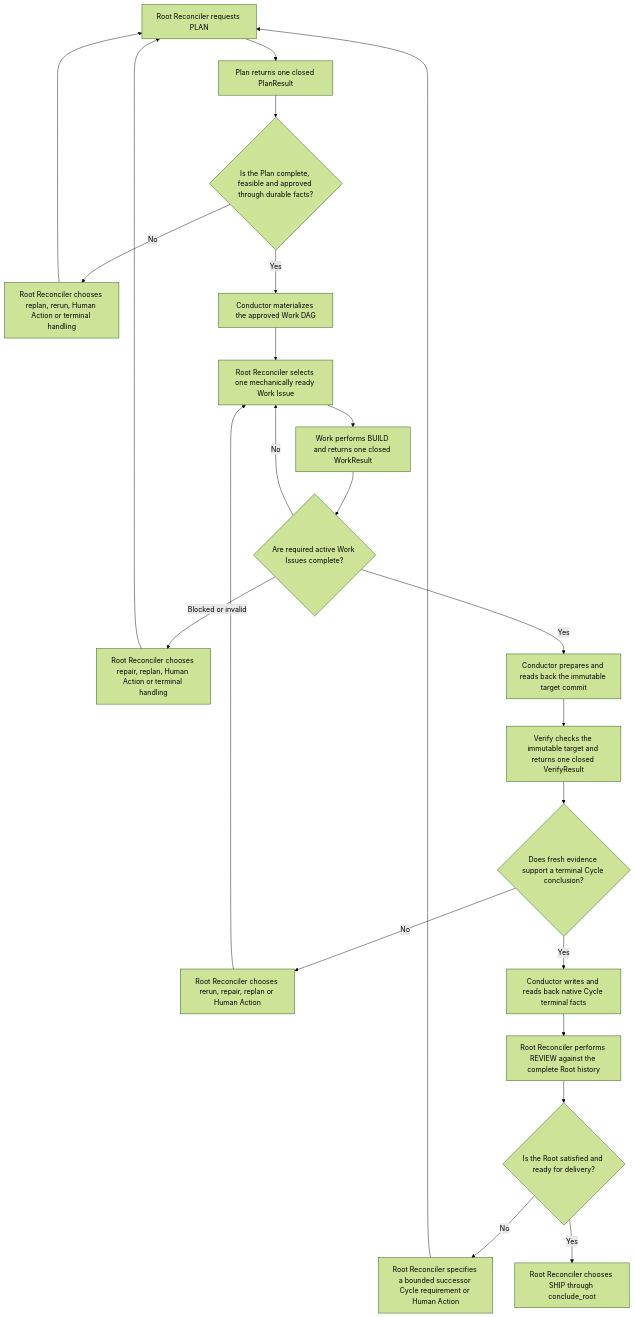
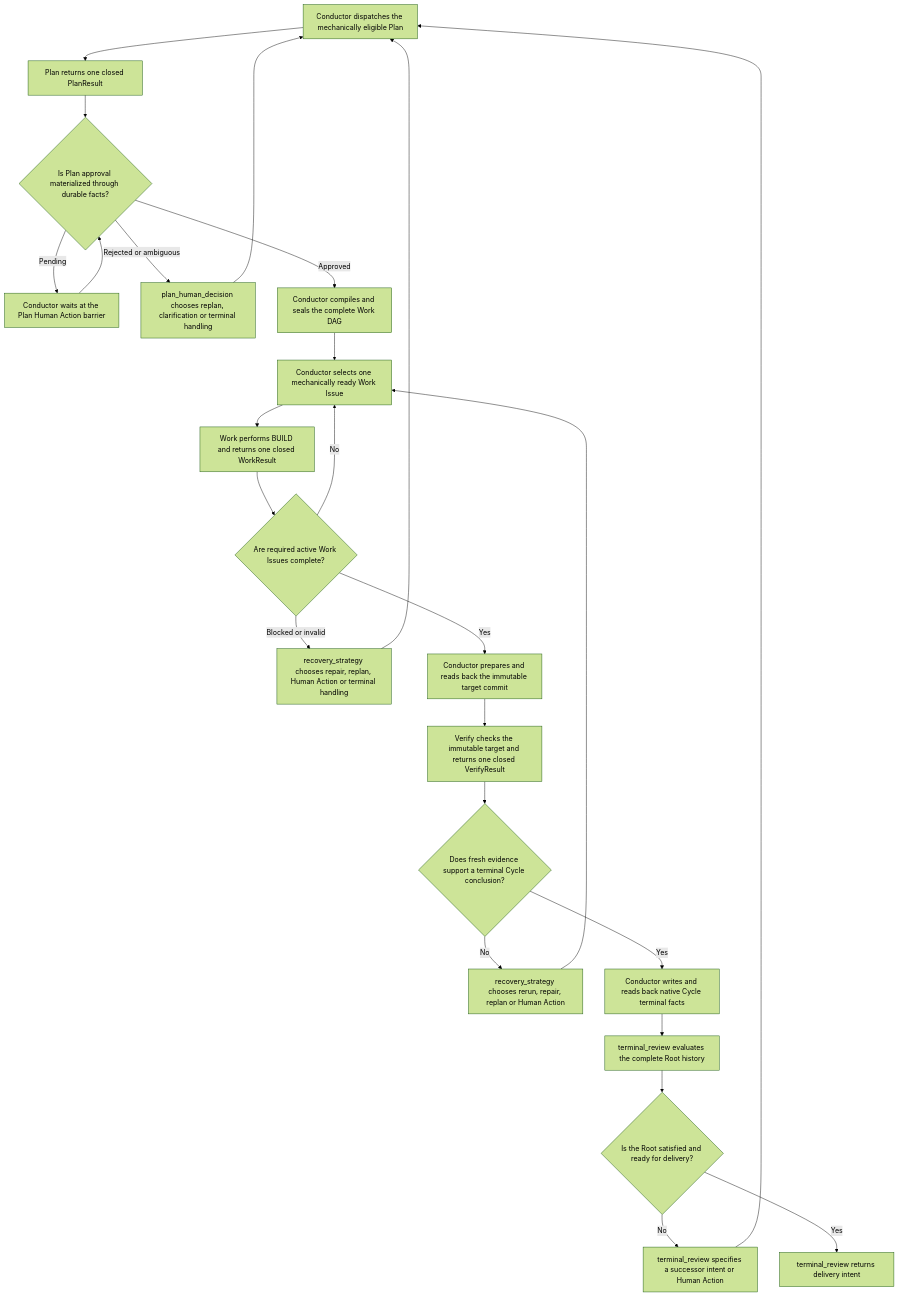
Before and after one commit to hallucination-studio/symphony: the diagram in docs/architecture/stage-orchestration.md, drawn with Mermaid (forest theme). The commit also changed other lines of this file and 210 other files, not shown here.

````diff
--- a/docs/architecture/stage-orchestration.md
+++ b/docs/architecture/stage-orchestration.md
@@ -44,25 +44,27 @@
 ```mermaid
 flowchart TD
-    A["Root Reconciler requests PLAN"] --> B["Plan returns one closed PlanResult"]
-    B --> C{"Is the Plan complete, feasible and approved through durable facts?"}
-    C -- "No" --> C1["Root Reconciler chooses replan, rerun, Human Action or terminal handling"]
-    C1 --> A
-    C -- "Yes" --> D["Conductor materializes the approved Work DAG"]
-    D --> E["Root Reconciler selects one mechanically ready Work Issue"]
+    A["Conductor dispatches the mechanically eligible Plan"] --> B["Plan returns one closed PlanResult"]
+    B --> C{"Is Plan approval materialized through durable facts?"}
+    C -- "Pending" --> C1["Conductor waits at the Plan Human Action barrier"]
+    C1 --> C
+    C -- "Rejected or ambiguous" --> C2["plan_human_decision chooses replan, clarification or terminal handling"]
+    C2 --> A
+    C -- "Approved" --> D["Conductor compiles and seals the complete Work DAG"]
+    D --> E["Conductor selects one mechanically ready Work Issue"]
     E --> F["Work performs BUILD and returns one closed WorkResult"]
     F --> G{"Are required active Work Issues complete?"}
     G -- "No" --> E
-    G -- "Blocked or invalid" --> G1["Root Reconciler chooses repair, replan, Human Action or terminal handling"]
+    G -- "Blocked or invalid" --> G1["recovery_strategy chooses repair, replan, Human Action or terminal handling"]
     G1 --> A
     G -- "Yes" --> G2["Conductor prepares and reads back the immutable target commit"]
     G2 --> H["Verify checks the immutable target and returns one closed VerifyResult"]
     H --> I{"Does fresh evidence support a terminal Cycle conclusion?"}
-    I -- "No" --> I1["Root Reconciler chooses rerun, repair, replan or Human Action"]
+    I -- "No" --> I1["recovery_strategy chooses rerun, repair, replan or Human Action"]
     I1 --> E
     I -- "Yes" --> J["Conductor writes and reads back native Cycle terminal facts"]
-    J --> K["Root Reconciler performs REVIEW against the complete Root history"]
+    J --> K["terminal_review evaluates the complete Root history"]
     K --> L{"Is the Root satisfied and ready for delivery?"}
-    L -- "No" --> M["Root Reconciler specifies a bounded successor Cycle requirement or Human Action"]
+    L -- "No" --> M["terminal_review specifies a successor intent or Human Action"]
     M --> A
-    L -- "Yes" --> N["Root Reconciler chooses SHIP through conclude_root"]
+    L -- "Yes" --> N["terminal_review returns delivery intent"]
 ```
````
